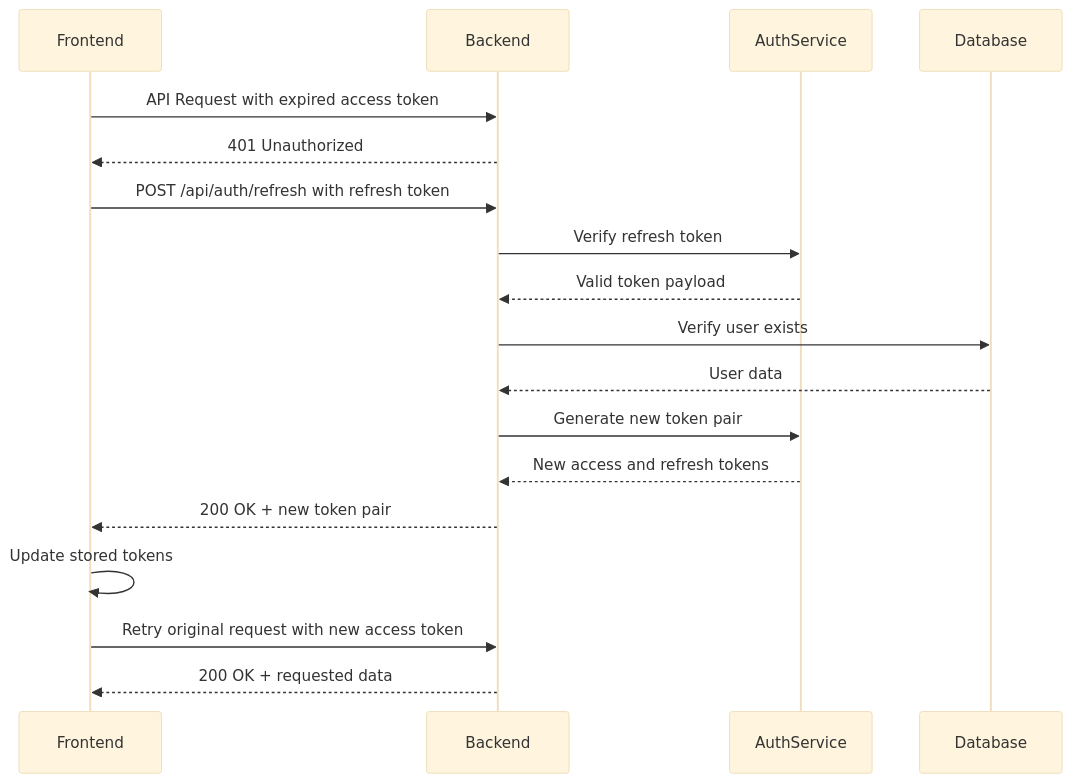
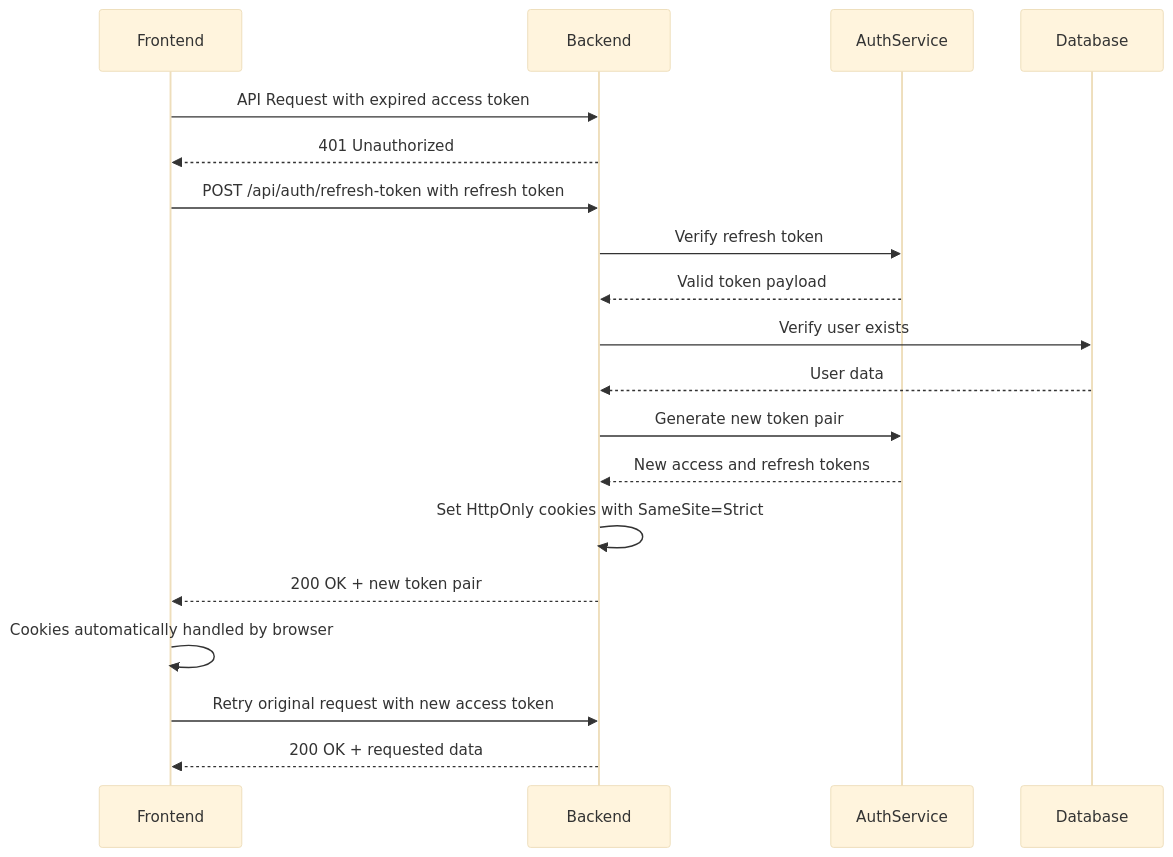
The fifth of 16 diagrams in .qoder/repowiki/en/content/Authentication & User Management/Authentication & User Management.md (Brimstow/ThumPiks), drawn with Mermaid (base theme) before and after one commit. The commit also changed other lines of this file and 900 other files, not shown here.

````diff
--- a/.qoder/repowiki/en/content/Authentication & User Management/Authentication & User Management.md
+++ b/.qoder/repowiki/en/content/Authentication & User Management/Authentication & User Management.md
@@ -126,19 +226,20 @@
 ```mermaid
 sequenceDiagram
 participant Frontend
 participant Backend
 participant AuthService
 Frontend->>Backend : API Request with expired access token
 Backend-->>Frontend : 401 Unauthorized
-Frontend->>Backend : POST /api/auth/refresh with refresh token
+Frontend->>Backend : POST /api/auth/refresh-token with refresh token
 Backend->>AuthService : Verify refresh token
 AuthService-->>Backend : Valid token payload
 Backend->>Database : Verify user exists
 Database-->>Backend : User data
 Backend->>AuthService : Generate new token pair
 AuthService-->>Backend : New access and refresh tokens
+Backend->>Backend : Set HttpOnly cookies with SameSite=Strict
 Backend-->>Frontend : 200 OK + new token pair
-Frontend->>Frontend : Update stored tokens
+Frontend->>Frontend : Cookies automatically handled by browser
 Frontend->>Backend : Retry original request with new access token
 Backend-->>Frontend : 200 OK + requested data
 ```
````
